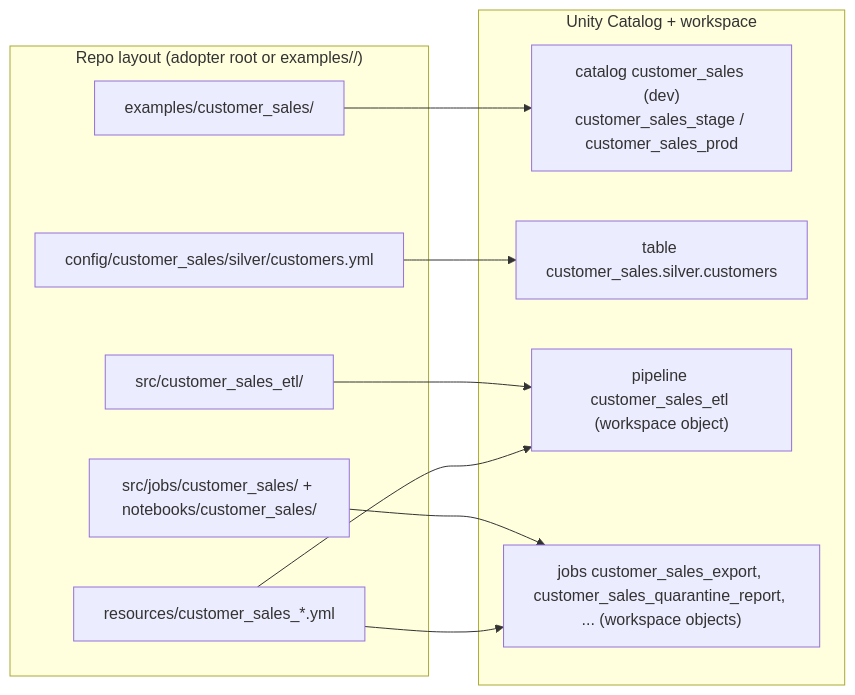
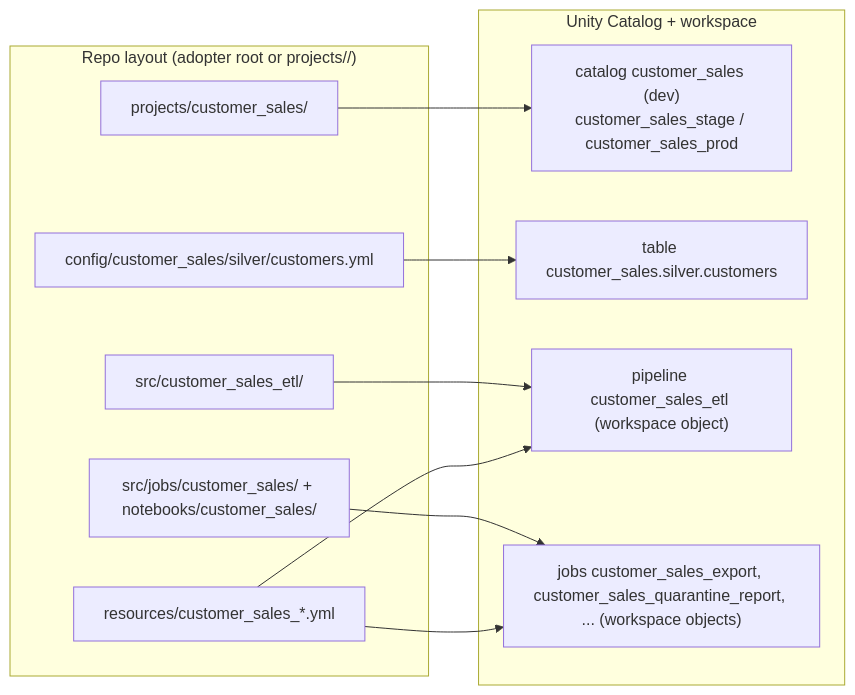
The diagram in docs/NAMING.md (Vegash09/Demo_Lab), drawn with Mermaid before and after one commit. The commit also changed other lines of this file and 68 other files, not shown here.

First line of the commit message:
refactor: rename examples/ -> projects/ (reference domains)

````diff
--- a/docs/NAMING.md
+++ b/docs/NAMING.md
@@ -10,22 +10,22 @@
 ```mermaid
 flowchart LR
-  subgraph repo ["Repo layout (adopter root or examples/<catalog>/)"]
-    A["examples/customer_sales/"]
+  subgraph repo ["Repo layout (adopter root or projects/<catalog>/)"]
+    A["projects/customer_sales/"]
     B["config/customer_sales/silver/customers.yml"]
     C["src/customer_sales_etl/"]
     D["src/jobs/customer_sales/ + notebooks/customer_sales/"]
     E["resources/customer_sales_*.yml"]
   end
   subgraph uc ["Unity Catalog + workspace"]
     F["catalog customer_sales (dev)<br/>customer_sales_stage / customer_sales_prod"]
     G["table customer_sales.silver.customers"]
     H["pipeline customer_sales_etl (workspace object)"]
     I["jobs customer_sales_export, customer_sales_quarantine_report, ... (workspace objects)"]
   end
   A --> F
   B --> G
   C --> H
   D --> I
   E --> H
   E --> I
 ```
````
